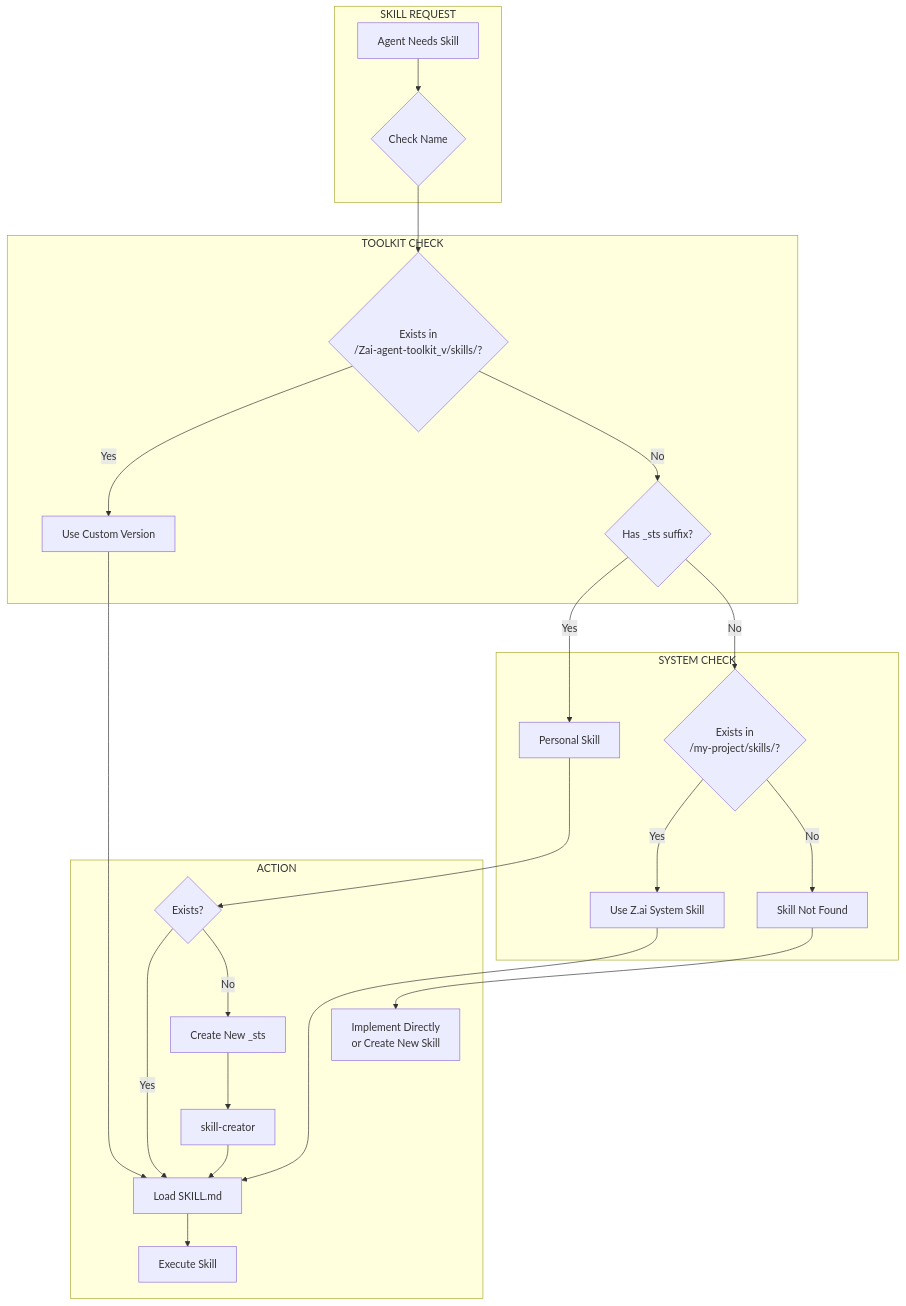
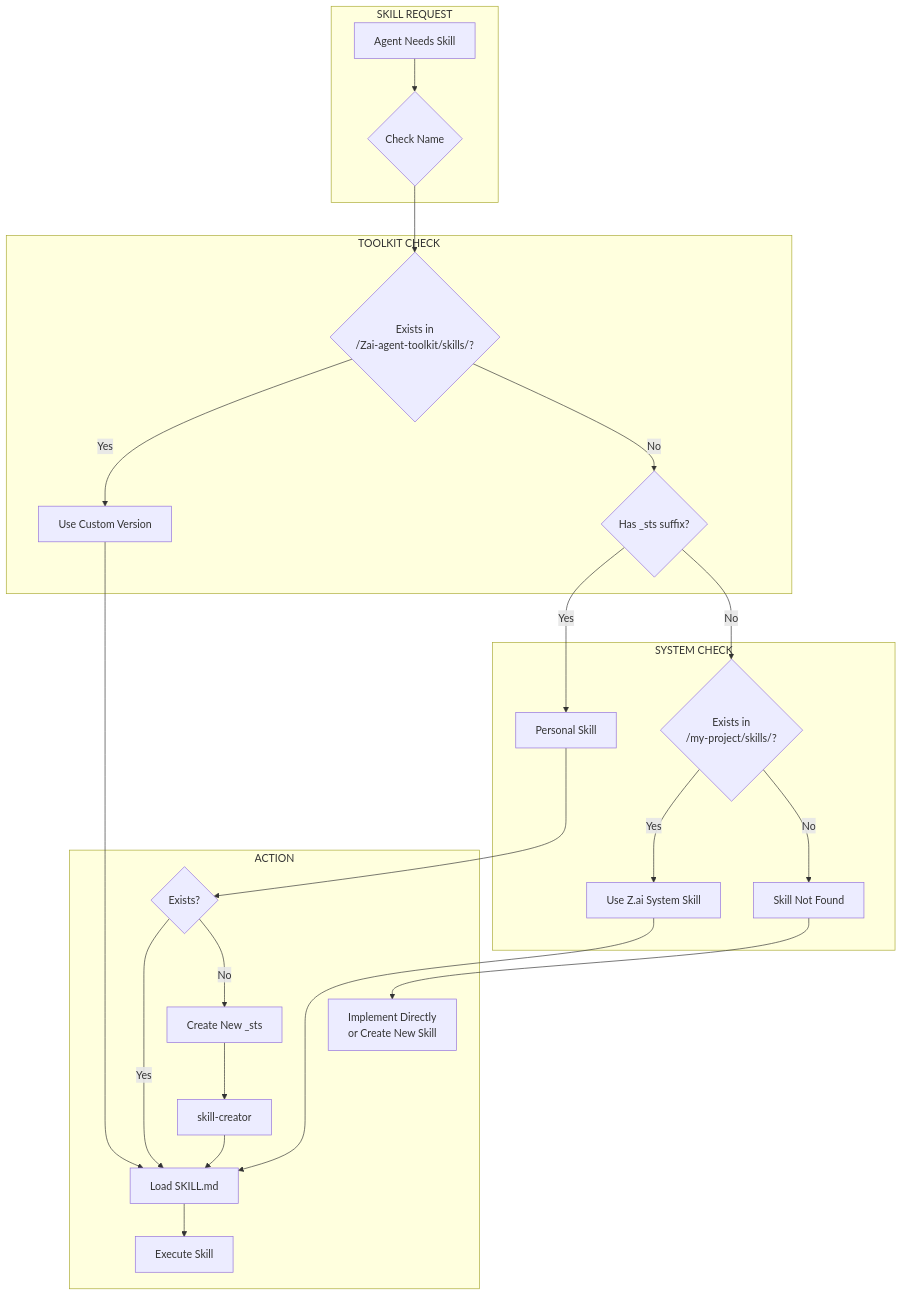
Before and after one commit to stsgs1980/Zai-agent-toolkit: the sixth of 7 diagrams in docs/SKILL_PROCESSES.md, drawn with Mermaid. The commit also changed other lines of this file and 14 other files, not shown here.

First line of the commit message:
rollback: Zai-agent-toolkit_v → Zai-agent-toolkit

````diff
--- a/docs/SKILL_PROCESSES.md
+++ b/docs/SKILL_PROCESSES.md
@@ -251,31 +251,31 @@
 ```mermaid
 flowchart TB
     subgraph Query["SKILL REQUEST"]
         A[Agent Needs Skill] --> B{Check Name}
     end
 
     subgraph ToolkitCheck["TOOLKIT CHECK"]
-        B --> C{Exists in<br>/Zai-agent-toolkit_v/skills/?}
+        B --> C{Exists in<br>/Zai-agent-toolkit/skills/?}
         C -->|Yes| D[Use Custom Version]
         C -->|No| E{Has _sts suffix?}
     end
 
     subgraph SystemCheck["SYSTEM CHECK"]
         E -->|Yes| F[Personal Skill]
         E -->|No| G{Exists in<br>/my-project/skills/?}
         G -->|Yes| H[Use Z.ai System Skill]
         G -->|No| I[Skill Not Found]
     end
 
     subgraph Action["ACTION"]
         D --> J[Load SKILL.md]
         F --> K{Exists?}
         K -->|Yes| J
         K -->|No| L[Create New _sts]
         H --> J
         I --> M[Implement Directly<br>or Create New Skill]
         L --> N[skill-creator]
         N --> J
         J --> O[Execute Skill]
     end
 ```
````
